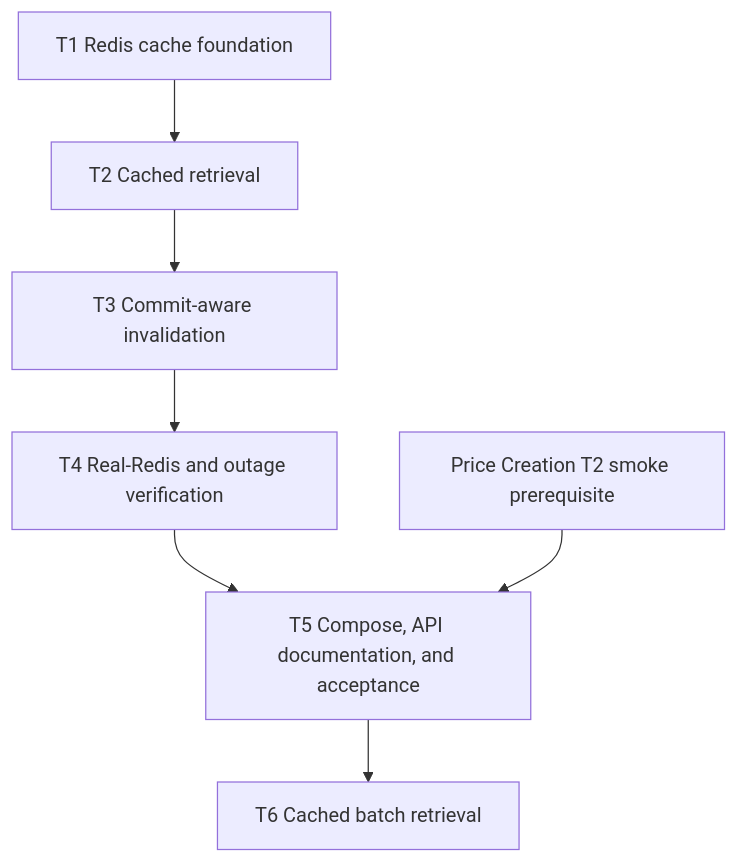
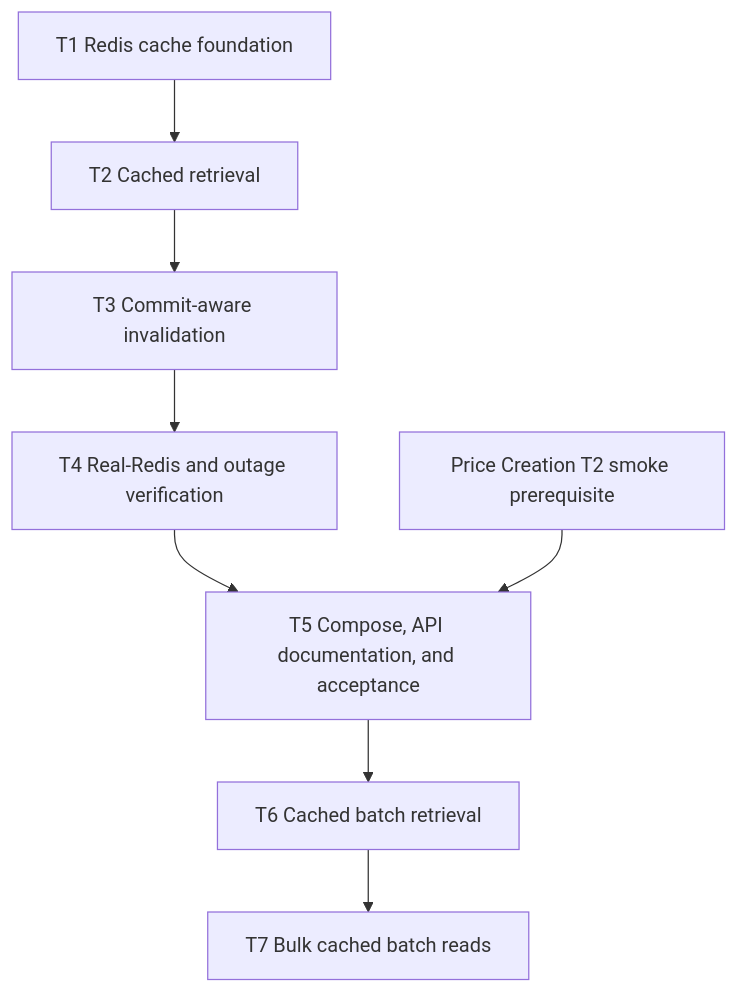
The diagram in .specs/pricing-cache/tasks.md (egorvel/rent-flow-pricing), drawn with Mermaid before and after one commit. The commit also changed other lines of this file and 13 other files, not shown here.

````diff
--- a/.specs/pricing-cache/tasks.md
+++ b/.specs/pricing-cache/tasks.md
@@ -23,9 +23,10 @@
 ```mermaid
 flowchart TD
     T1["T1 Redis cache foundation"] --> T2["T2 Cached retrieval"]
     T2 --> T3["T3 Commit-aware invalidation"]
     T3 --> T4["T4 Real-Redis and outage verification"]
     T4 --> T5["T5 Compose, API documentation, and acceptance"]
     T5 --> T6["T6 Cached batch retrieval"]
+    T6 --> T7["T7 Bulk cached batch reads"]
     PC2["Price Creation T2 smoke prerequisite"] --> T5
 ```
````
